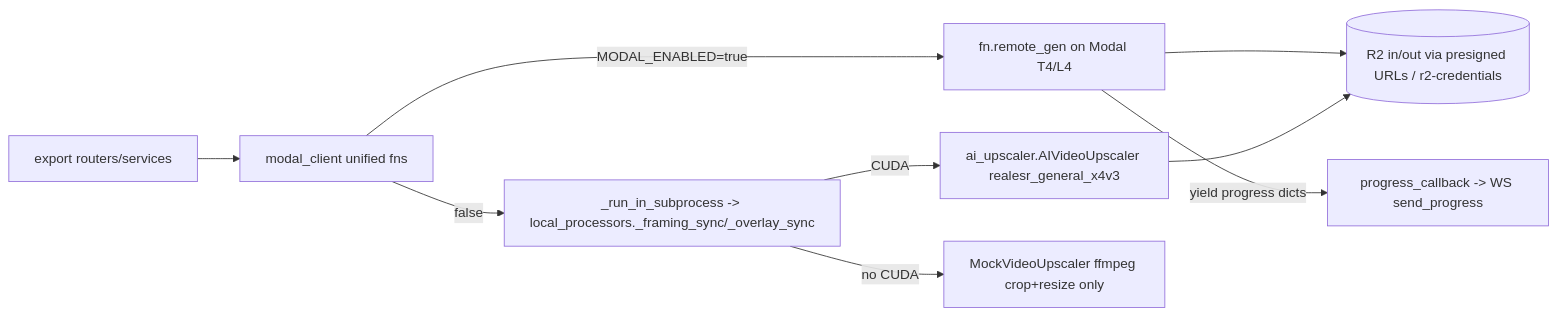
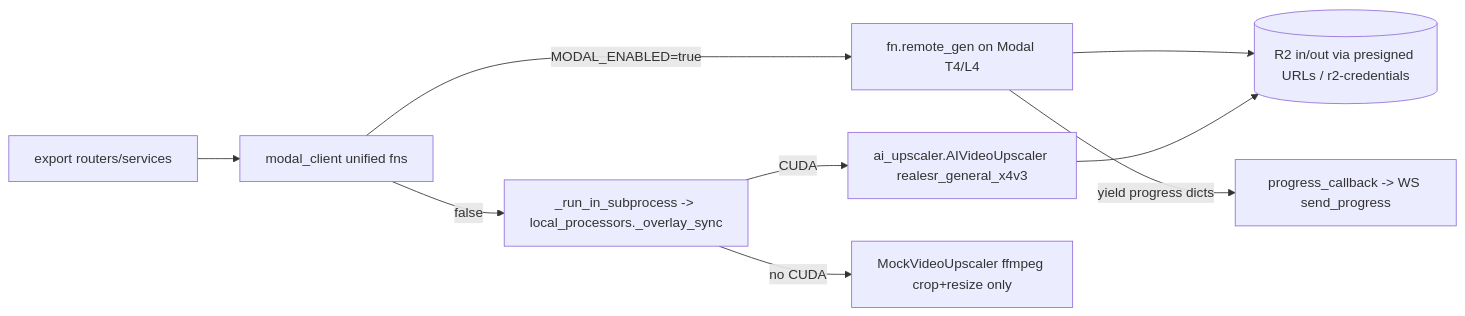
The diagram in .claude/knowledge/modal-gpu.md (imankha/video-editor), drawn with Mermaid before and after one commit. The commit also changed other lines of this file and 31 other files, not shown here.

````diff
--- a/.claude/knowledge/modal-gpu.md
+++ b/.claude/knowledge/modal-gpu.md
@@ -49,10 +48,10 @@
 ```mermaid
 graph LR
   RT[export routers/services] --> UC[modal_client unified fns]
   UC -->|MODAL_ENABLED=true| MG[fn.remote_gen on Modal T4/L4]
-  UC -->|false| SP[_run_in_subprocess -> local_processors._framing_sync/_overlay_sync]
+  UC -->|false| SP[_run_in_subprocess -> local_processors._overlay_sync]
   SP -->|CUDA| AI[ai_upscaler.AIVideoUpscaler realesr_general_x4v3]
   SP -->|no CUDA| MOCK[MockVideoUpscaler ffmpeg crop+resize only]
   MG & AI --> R2[(R2 in/out via presigned URLs / r2-credentials)]
   MG -->|yield progress dicts| CB[progress_callback -> WS send_progress]
 ```
````
